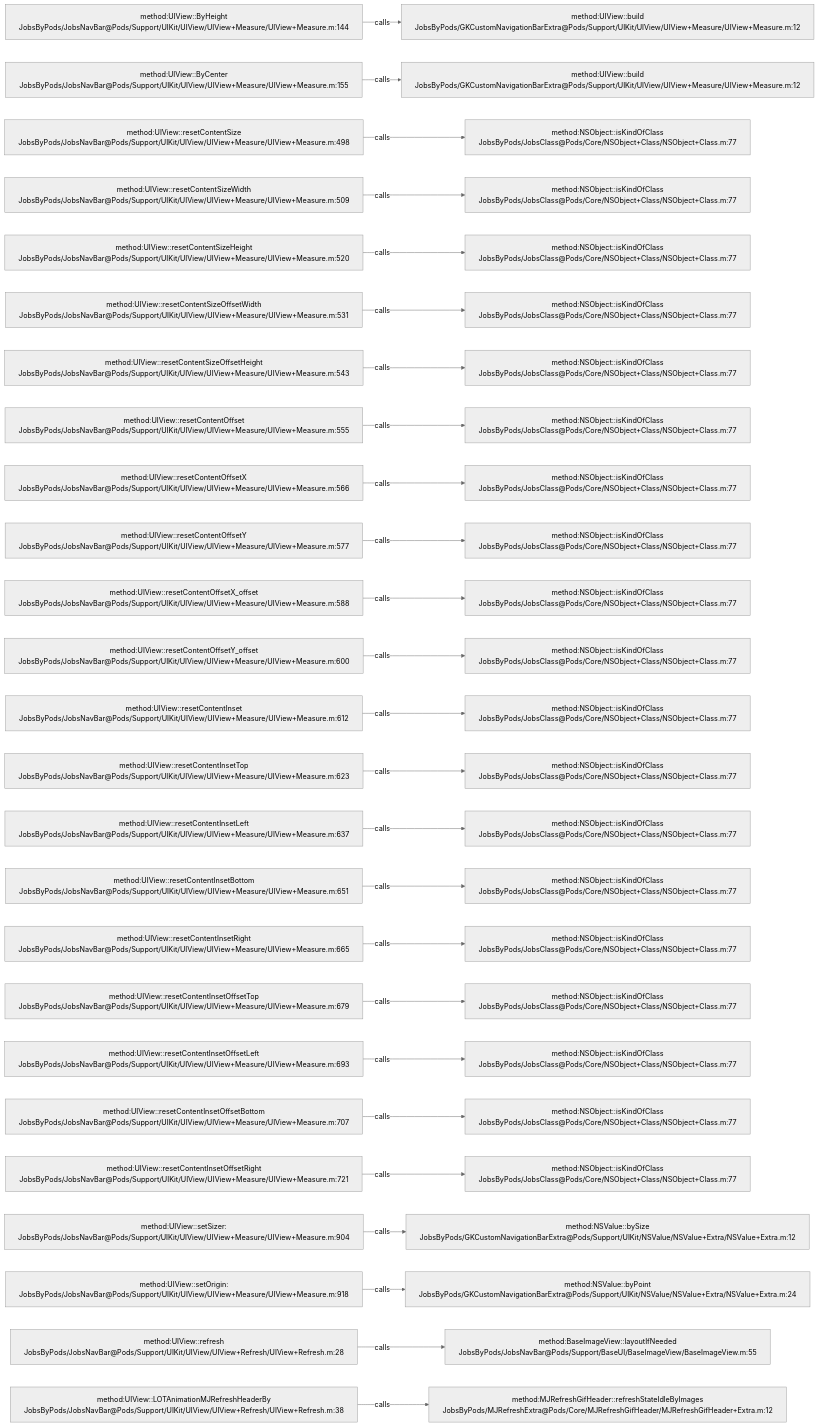
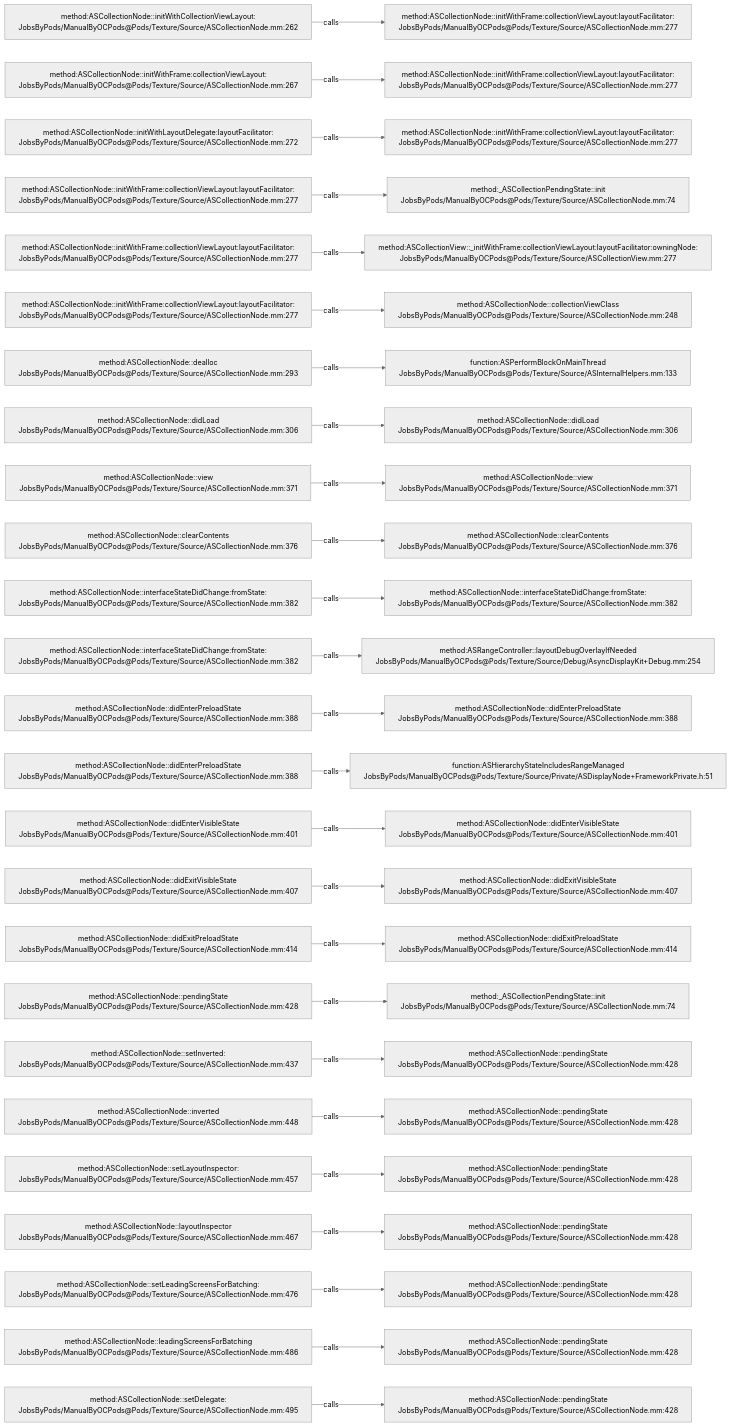
One commit to JobsKits/JobsOCBaseConfigDemo changed the diagram in .codegraph/codegraph.md/graphs/calls-084.md. Above: the diagram before and after it, drawn with Mermaid (neutral theme). The commit also changed 2162 other files, not shown here.

````diff
--- a/.codegraph/codegraph.md/graphs/calls-084.md
+++ b/.codegraph/codegraph.md/graphs/calls-084.md
@@ -13,78 +13,78 @@
 ```mermaid
 flowchart LR
-  S1["method:UIView::ByHeight<br/>JobsByPods/JobsNavBar@Pods/Support/UIKit/UIView/UIView+Measure/UIView+Measure.m:144"]
-  T1["method:UIView::build<br/>JobsByPods/GKCustomNavigationBarExtra@Pods/Support/UIKit/UIView/UIView+Measure/UIView+Measure.m:12"]
+  S1["method:ASCollectionNode::initWithCollectionViewLayout:<br/>JobsByPods/ManualByOCPods@Pods/Texture/Source/ASCollectionNode.mm:262"]
+  T1["method:ASCollectionNode::initWithFrame:collectionViewLayout:layoutFacilitator:<br/>JobsByPods/ManualByOCPods@Pods/Texture/Source/ASCollectionNode.mm:277"]
   S1 -->|calls| T1
-  S2["method:UIView::ByCenter<br/>JobsByPods/JobsNavBar@Pods/Support/UIKit/UIView/UIView+Measure/UIView+Measure.m:155"]
-  T2["method:UIView::build<br/>JobsByPods/GKCustomNavigationBarExtra@Pods/Support/UIKit/UIView/UIView+Measure/UIView+Measure.m:12"]
+  S2["method:ASCollectionNode::initWithFrame:collectionViewLayout:<br/>JobsByPods/ManualByOCPods@Pods/Texture/Source/ASCollectionNode.mm:267"]
+  T2["method:ASCollectionNode::initWithFrame:collectionViewLayout:layoutFacilitator:<br/>JobsByPods/ManualByOCPods@Pods/Texture/Source/ASCollectionNode.mm:277"]
   S2 -->|calls| T2
-  S3["method:UIView::resetContentSize<br/>JobsByPods/JobsNavBar@Pods/Support/UIKit/UIView/UIView+Measure/UIView+Measure.m:498"]
-  T3["method:NSObject::isKindOfClass<br/>JobsByPods/JobsClass@Pods/Core/NSObject+Class/NSObject+Class.m:77"]
+  S3["method:ASCollectionNode::initWithLayoutDelegate:layoutFacilitator:<br/>JobsByPods/ManualByOCPods@Pods/Texture/Source/ASCollectionNode.mm:272"]
+  T3["method:ASCollectionNode::initWithFrame:collectionViewLayout:layoutFacilitator:<br/>JobsByPods/ManualByOCPods@Pods/Texture/Source/ASCollectionNode.mm:277"]
   S3 -->|calls| T3
-  S4["method:UIView::resetContentSizeWidth<br/>JobsByPods/JobsNavBar@Pods/Support/UIKit/UIView/UIView+Measure/UIView+Measure.m:509"]
-  T4["method:NSObject::isKindOfClass<br/>JobsByPods/JobsClass@Pods/Core/NSObject+Class/NSObject+Class.m:77"]
+  S4["method:ASCollectionNode::initWithFrame:collectionViewLayout:layoutFacilitator:<br/>JobsByPods/ManualByOCPods@Pods/Texture/Source/ASCollectionNode.mm:277"]
+  T4["method:_ASCollectionPendingState::init<br/>JobsByPods/ManualByOCPods@Pods/Texture/Source/ASCollectionNode.mm:74"]
   S4 -->|calls| T4
-  S5["method:UIView::resetContentSizeHeight<br/>JobsByPods/JobsNavBar@Pods/Support/UIKit/UIView/UIView+Measure/UIView+Measure.m:520"]
-  T5["method:NSObject::isKindOfClass<br/>JobsByPods/JobsClass@Pods/Core/NSObject+Class/NSObject+Class.m:77"]
+  S5["method:ASCollectionNode::initWithFrame:collectionViewLayout:layoutFacilitator:<br/>JobsByPods/ManualByOCPods@Pods/Texture/Source/ASCollectionNode.mm:277"]
+  T5["method:ASCollectionView::_initWithFrame:collectionViewLayout:layoutFacilitator:owningNode:<br/>JobsByPods/ManualByOCPods@Pods/Texture/Source/ASCollectionView.mm:277"]
   S5 -->|calls| T5
-  S6["method:UIView::resetContentSizeOffsetWidth<br/>JobsByPods/JobsNavBar@Pods/Support/UIKit/UIView/UIView+Measure/UIView+Measure.m:531"]
-  T6["method:NSObject::isKindOfClass<br/>JobsByPods/JobsClass@Pods/Core/NSObject+Class/NSObject+Class.m:77"]
+  S6["method:ASCollectionNode::initWithFrame:collectionViewLayout:layoutFacilitator:<br/>JobsByPods/ManualByOCPods@Pods/Texture/Source/ASCollectionNode.mm:277"]
+  T6["method:ASCollectionNode::collectionViewClass<br/>JobsByPods/ManualByOCPods@Pods/Texture/Source/ASCollectionNode.mm:248"]
   S6 -->|calls| T6
-  S7["method:UIView::resetContentSizeOffsetHeight<br/>JobsByPods/JobsNavBar@Pods/Support/UIKit/UIView/UIView+Measure/UIView+Measure.m:543"]
-  T7["method:NSObject::isKindOfClass<br/>JobsByPods/JobsClass@Pods/Core/NSObject+Class/NSObject+Class.m:77"]
+  S7["method:ASCollectionNode::dealloc<br/>JobsByPods/ManualByOCPods@Pods/Texture/Source/ASCollectionNode.mm:293"]
+  T7["function:ASPerformBlockOnMainThread<br/>JobsByPods/ManualByOCPods@Pods/Texture/Source/ASInternalHelpers.mm:133"]
   S7 -->|calls| T7
-  S8["method:UIView::resetContentOffset<br/>JobsByPods/JobsNavBar@Pods/Support/UIKit/UIView/UIView+Measure/UIView+Measure.m:555"]
-  T8["method:NSObject::isKindOfClass<br/>JobsByPods/JobsClass@Pods/Core/NSObject+Class/NSObject+Class.m:77"]
+  S8["method:ASCollectionNode::didLoad<br/>JobsByPods/ManualByOCPods@Pods/Texture/Source/ASCollectionNode.mm:306"]
+  T8["method:ASCollectionNode::didLoad<br/>JobsByPods/ManualByOCPods@Pods/Texture/Source/ASCollectionNode.mm:306"]
   S8 -->|calls| T8
-  S9["method:UIView::resetContentOffsetX<br/>JobsByPods/JobsNavBar@Pods/Support/UIKit/UIView/UIView+Measure/UIView+Measure.m:566"]
-  T9["method:NSObject::isKindOfClass<br/>JobsByPods/JobsClass@Pods/Core/NSObject+Class/NSObject+Class.m:77"]
+  S9["method:ASCollectionNode::view<br/>JobsByPods/ManualByOCPods@Pods/Texture/Source/ASCollectionNode.mm:371"]
+  T9["method:ASCollectionNode::view<br/>JobsByPods/ManualByOCPods@Pods/Texture/Source/ASCollectionNode.mm:371"]
   S9 -->|calls| T9
-  S10["method:UIView::resetContentOffsetY<br/>JobsByPods/JobsNavBar@Pods/Support/UIKit/UIView/UIView+Measure/UIView+Measure.m:577"]
-  T10["method:NSObject::isKindOfClass<br/>JobsByPods/JobsClass@Pods/Core/NSObject+Class/NSObject+Class.m:77"]
+  S10["method:ASCollectionNode::clearContents<br/>JobsByPods/ManualByOCPods@Pods/Texture/Source/ASCollectionNode.mm:376"]
+  T10["method:ASCollectionNode::clearContents<br/>JobsByPods/ManualByOCPods@Pods/Texture/Source/ASCollectionNode.mm:376"]
   S10 -->|calls| T10
-  S11["method:UIView::resetContentOffsetX_offset<br/>JobsByPods/JobsNavBar@Pods/Support/UIKit/UIView/UIView+Measure/UIView+Measure.m:588"]
-  T11["method:NSObject::isKindOfClass<br/>JobsByPods/JobsClass@Pods/Core/NSObject+Class/NSObject+Class.m:77"]
+  S11["method:ASCollectionNode::interfaceStateDidChange:fromState:<br/>JobsByPods/ManualByOCPods@Pods/Texture/Source/ASCollectionNode.mm:382"]
+  T11["method:ASCollectionNode::interfaceStateDidChange:fromState:<br/>JobsByPods/ManualByOCPods@Pods/Texture/Source/ASCollectionNode.mm:382"]
   S11 -->|calls| T11
-  S12["method:UIView::resetContentOffsetY_offset<br/>JobsByPods/JobsNavBar@Pods/Support/UIKit/UIView/UIView+Measure/UIView+Measure.m:600"]
-  T12["method:NSObject::isKindOfClass<br/>JobsByPods/JobsClass@Pods/Core/NSObject+Class/NSObject+Class.m:77"]
+  S12["method:ASCollectionNode::interfaceStateDidChange:fromState:<br/>JobsByPods/ManualByOCPods@Pods/Texture/Source/ASCollectionNode.mm:382"]
+  T12["method:ASRangeController::layoutDebugOverlayIfNeeded<br/>JobsByPods/ManualByOCPods@Pods/Texture/Source/Debug/AsyncDisplayKit+Debug.mm:254"]
   S12 -->|calls| T12
-  S13["method:UIView::resetContentInset<br/>JobsByPods/JobsNavBar@Pods/Support/UIKit/UIView/UIView+Measure/UIView+Measure.m:612"]
-  T13["method:NSObject::isKindOfClass<br/>JobsByPods/JobsClass@Pods/Core/NSObject+Class/NSObject+Class.m:77"]
+  S13["method:ASCollectionNode::didEnterPreloadState<br/>JobsByPods/ManualByOCPods@Pods/Texture/Source/ASCollectionNode.mm:388"]
+  T13["method:ASCollectionNode::didEnterPreloadState<br/>JobsByPods/ManualByOCPods@Pods/Texture/Source/ASCollectionNode.mm:388"]
   S13 -->|calls| T13
-  S14["method:UIView::resetContentInsetTop<br/>JobsByPods/JobsNavBar@Pods/Support/UIKit/UIView/UIView+Measure/UIView+Measure.m:623"]
-  T14["method:NSObject::isKindOfClass<br/>JobsByPods/JobsClass@Pods/Core/NSObject+Class/NSObject+Class.m:77"]
+  S14["method:ASCollectionNode::didEnterPreloadState<br/>JobsByPods/ManualByOCPods@Pods/Texture/Source/ASCollectionNode.mm:388"]
+  T14["function:ASHierarchyStateIncludesRangeManaged<br/>JobsByPods/ManualByOCPods@Pods/Texture/Source/Private/ASDisplayNode+FrameworkPrivate.h:51"]
   S14 -->|calls| T14
-  S15["method:UIView::resetContentInsetLeft<br/>JobsByPods/JobsNavBar@Pods/Support/UIKit/UIView/UIView+Measure/UIView+Measure.m:637"]
-  T15["method:NSObject::isKindOfClass<br/>JobsByPods/JobsClass@Pods/Core/NSObject+Class/NSObject+Class.m:77"]
+  S15["method:ASCollectionNode::didEnterVisibleState<br/>JobsByPods/ManualByOCPods@Pods/Texture/Source/ASCollectionNode.mm:401"]
+  T15["method:ASCollectionNode::didEnterVisibleState<br/>JobsByPods/ManualByOCPods@Pods/Texture/Source/ASCollectionNode.mm:401"]
   S15 -->|calls| T15
-  S16["method:UIView::resetContentInsetBottom<br/>JobsByPods/JobsNavBar@Pods/Support/UIKit/UIView/UIView+Measure/UIView+Measure.m:651"]
-  T16["method:NSObject::isKindOfClass<br/>JobsByPods/JobsClass@Pods/Core/NSObject+Class/NSObject+Class.m:77"]
+  S16["method:ASCollectionNode::didExitVisibleState<br/>JobsByPods/ManualByOCPods@Pods/Texture/Source/ASCollectionNode.mm:407"]
+  T16["method:ASCollectionNode::didExitVisibleState<br/>JobsByPods/ManualByOCPods@Pods/Texture/Source/ASCollectionNode.mm:407"]
   S16 -->|calls| T16
-  S17["method:UIView::resetContentInsetRight<br/>JobsByPods/JobsNavBar@Pods/Support/UIKit/UIView/UIView+Measure/UIView+Measure.m:665"]
-  T17["method:NSObject::isKindOfClass<br/>JobsByPods/JobsClass@Pods/Core/NSObject+Class/NSObject+Class.m:77"]
+  S17["method:ASCollectionNode::didExitPreloadState<br/>JobsByPods/ManualByOCPods@Pods/Texture/Source/ASCollectionNode.mm:414"]
+  T17["method:ASCollectionNode::didExitPreloadState<br/>JobsByPods/ManualByOCPods@Pods/Texture/Source/ASCollectionNode.mm:414"]
   S17 -->|calls| T17
-  S18["method:UIView::resetContentInsetOffsetTop<br/>JobsByPods/JobsNavBar@Pods/Support/UIKit/UIView/UIView+Measure/UIView+Measure.m:679"]
-  T18["method:NSObject::isKindOfClass<br/>JobsByPods/JobsClass@Pods/Core/NSObject+Class/NSObject+Class.m:77"]
+  S18["method:ASCollectionNode::pendingState<br/>JobsByPods/ManualByOCPods@Pods/Texture/Source/ASCollectionNode.mm:428"]
+  T18["method:_ASCollectionPendingState::init<br/>JobsByPods/ManualByOCPods@Pods/Texture/Source/ASCollectionNode.mm:74"]
   S18 -->|calls| T18
-  S19["method:UIView::resetContentInsetOffsetLeft<br/>JobsByPods/JobsNavBar@Pods/Support/UIKit/UIView/UIView+Measure/UIView+Measure.m:693"]
-  T19["method:NSObject::isKindOfClass<br/>JobsByPods/JobsClass@Pods/Core/NSObject+Class/NSObject+Class.m:77"]
+  S19["method:ASCollectionNode::setInverted:<br/>JobsByPods/ManualByOCPods@Pods/Texture/Source/ASCollectionNode.mm:437"]
+  T19["method:ASCollectionNode::pendingState<br/>JobsByPods/ManualByOCPods@Pods/Texture/Source/ASCollectionNode.mm:428"]
   S19 -->|calls| T19
-  S20["method:UIView::resetContentInsetOffsetBottom<br/>JobsByPods/JobsNavBar@Pods/Support/UIKit/UIView/UIView+Measure/UIView+Measure.m:707"]
-  T20["method:NSObject::isKindOfClass<br/>JobsByPods/JobsClass@Pods/Core/NSObject+Class/NSObject+Class.m:77"]
+  S20["method:ASCollectionNode::inverted<br/>JobsByPods/ManualByOCPods@Pods/Texture/Source/ASCollectionNode.mm:448"]
+  T20["method:ASCollectionNode::pendingState<br/>JobsByPods/ManualByOCPods@Pods/Texture/Source/ASCollectionNode.mm:428"]
   S20 -->|calls| T20
-  S21["method:UIView::resetContentInsetOffsetRight<br/>JobsByPods/JobsNavBar@Pods/Support/UIKit/UIView/UIView+Measure/UIView+Measure.m:721"]
-  T21["method:NSObject::isKindOfClass<br/>JobsByPods/JobsClass@Pods/Core/NSObject+Class/NSObject+Class.m:77"]
+  S21["method:ASCollectionNode::setLayoutInspector:<br/>JobsByPods/ManualByOCPods@Pods/Texture/Source/ASCollectionNode.mm:457"]
+  T21["method:ASCollectionNode::pendingState<br/>JobsByPods/ManualByOCPods@Pods/Texture/Source/ASCollectionNode.mm:428"]
   S21 -->|calls| T21
-  S22["method:UIView::setSizer:<br/>JobsByPods/JobsNavBar@Pods/Support/UIKit/UIView/UIView+Measure/UIView+Measure.m:904"]
-  T22["method:NSValue::bySize<br/>JobsByPods/GKCustomNavigationBarExtra@Pods/Support/UIKit/NSValue/NSValue+Extra/NSValue+Extra.m:12"]
+  S22["method:ASCollectionNode::layoutInspector<br/>JobsByPods/ManualByOCPods@Pods/Texture/Source/ASCollectionNode.mm:467"]
+  T22["method:ASCollectionNode::pendingState<br/>JobsByPods/ManualByOCPods@Pods/Texture/Source/ASCollectionNode.mm:428"]
   S22 -->|calls| T22
-  S23["method:UIView::setOrigin:<br/>JobsByPods/JobsNavBar@Pods/Support/UIKit/UIView/UIView+Measure/UIView+Measure.m:918"]
-  T23["method:NSValue::byPoint<br/>JobsByPods/GKCustomNavigationBarExtra@Pods/Support/UIKit/NSValue/NSValue+Extra/NSValue+Extra.m:24"]
+  S23["method:ASCollectionNode::setLeadingScreensForBatching:<br/>JobsByPods/ManualByOCPods@Pods/Texture/Source/ASCollectionNode.mm:476"]
+  T23["method:ASCollectionNode::pendingState<br/>JobsByPods/ManualByOCPods@Pods/Texture/Source/ASCollectionNode.mm:428"]
   S23 -->|calls| T23
-  S24["method:UIView::refresh<br/>JobsByPods/JobsNavBar@Pods/Support/UIKit/UIView/UIView+Refresh/UIView+Refresh.m:28"]
-  T24["method:BaseImageView::layoutIfNeeded<br/>JobsByPods/JobsNavBar@Pods/Support/BaseUI/BaseImageView/BaseImageView.m:55"]
+  S24["method:ASCollectionNode::leadingScreensForBatching<br/>JobsByPods/ManualByOCPods@Pods/Texture/Source/ASCollectionNode.mm:486"]
+  T24["method:ASCollectionNode::pendingState<br/>JobsByPods/ManualByOCPods@Pods/Texture/Source/ASCollectionNode.mm:428"]
   S24 -->|calls| T24
-  S25["method:UIView::LOTAnimationMJRefreshHeaderBy<br/>JobsByPods/JobsNavBar@Pods/Support/UIKit/UIView/UIView+Refresh/UIView+Refresh.m:38"]
-  T25["method:MJRefreshGifHeader::refreshStateIdleByImages<br/>JobsByPods/MJRefreshExtra@Pods/Core/MJRefreshGifHeader/MJRefreshGifHeader+Extra.m:12"]
+  S25["method:ASCollectionNode::setDelegate:<br/>JobsByPods/ManualByOCPods@Pods/Texture/Source/ASCollectionNode.mm:495"]
+  T25["method:ASCollectionNode::pendingState<br/>JobsByPods/ManualByOCPods@Pods/Texture/Source/ASCollectionNode.mm:428"]
   S25 -->|calls| T25
 ```
````
